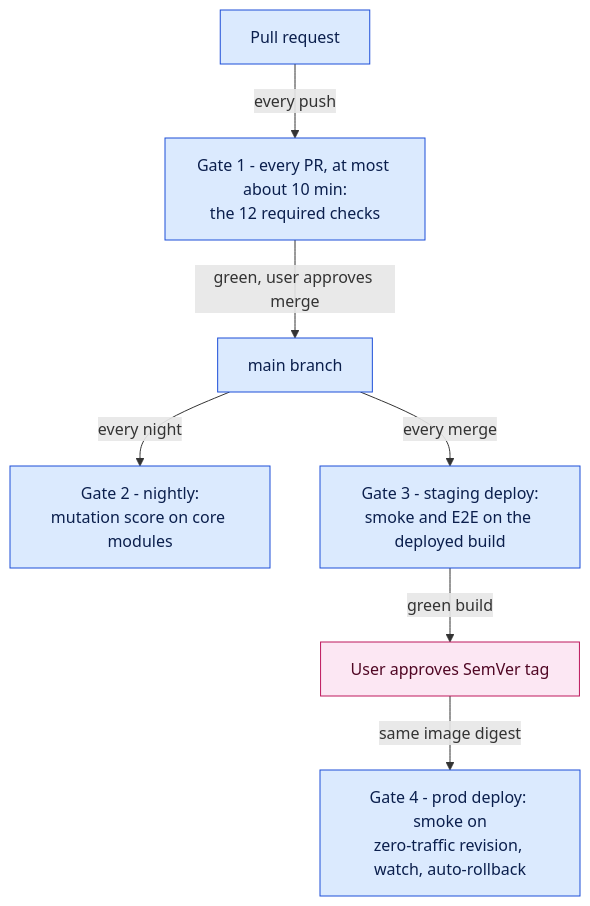
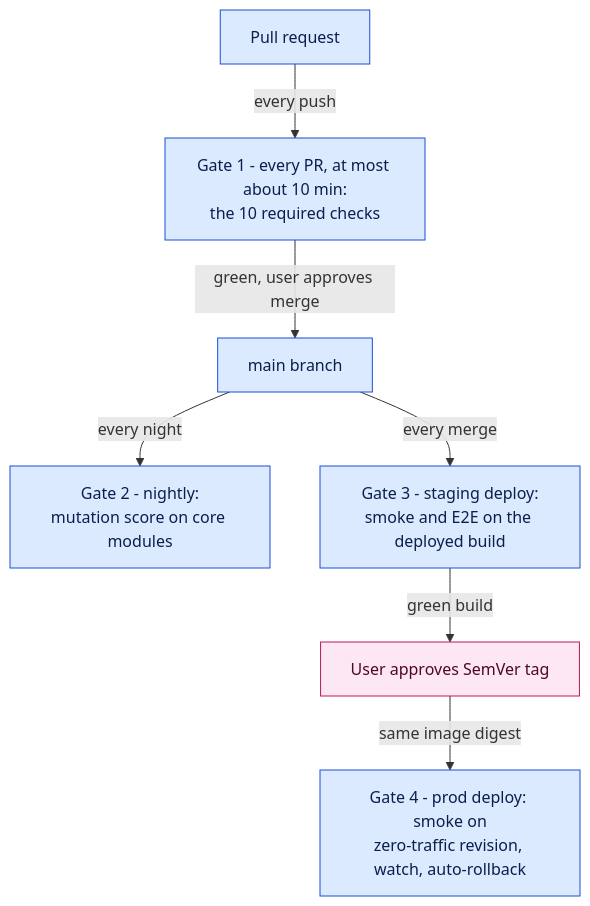
Before and after one commit to maniacultasset/ai-marketplace-os: diagram 38 of 42 in docs/architecture/BACKEND-ARCHITECTURE.md, drawn with Mermaid. The commit also changed other lines of this file and 18 other files, not shown here.

````diff
--- a/docs/architecture/BACKEND-ARCHITECTURE.md
+++ b/docs/architecture/BACKEND-ARCHITECTURE.md
@@ -2635,23 +2633,23 @@
 ```mermaid
 flowchart TB
   PR["Pull request"]:::backend
-  G1["Gate 1 - every PR, at most about 10 min:<br/>the 12 required checks"]:::backend
+  G1["Gate 1 - every PR, at most about 10 min:<br/>the 10 required checks"]:::backend
   MAIN["main branch"]:::backend
   G2["Gate 2 - nightly:<br/>mutation score on core modules"]:::backend
   G3["Gate 3 - staging deploy:<br/>smoke and E2E on the deployed build"]:::backend
   TAG["User approves SemVer tag"]:::human
   G4["Gate 4 - prod deploy: smoke on<br/>zero-traffic revision, watch, auto-rollback"]:::backend
   PR -->|"every push"| G1
   G1 -->|"green, user approves merge"| MAIN
   MAIN -->|"every night"| G2
   MAIN -->|"every merge"| G3
   G3 -->|"green build"| TAG
   TAG -->|"same image digest"| G4
   classDef backend fill:#dbeafe,stroke:#1d4ed8,color:#0b1f4d;
   classDef ai fill:#ede9fe,stroke:#6d28d9,color:#2e1065;
   classDef fe fill:#dcfce7,stroke:#15803d,color:#052e16;
   classDef data fill:#fef9c3,stroke:#a16207,color:#422006;
   classDef gcp fill:#f1f5f9,stroke:#475569,color:#0f172a;
   classDef external fill:#ffedd5,stroke:#c2410c,color:#431407;
   classDef human fill:#fce7f3,stroke:#be185d,color:#500724;
 ```
````
